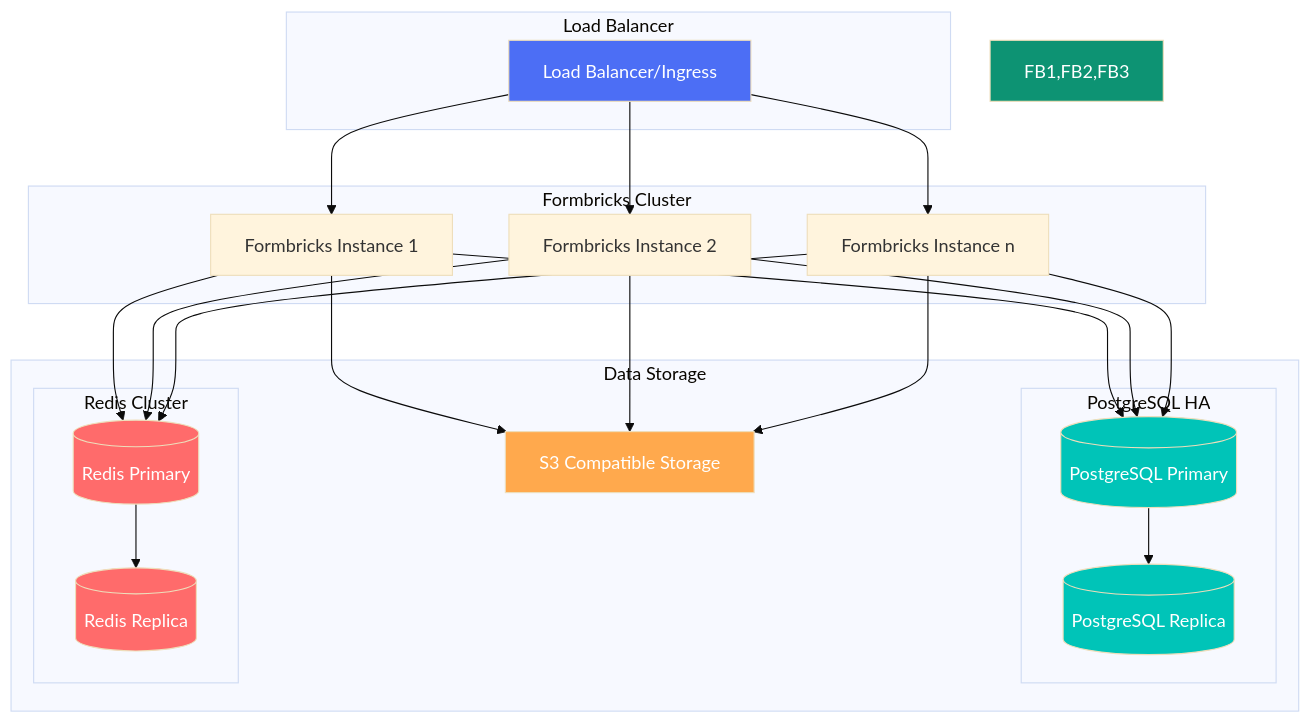
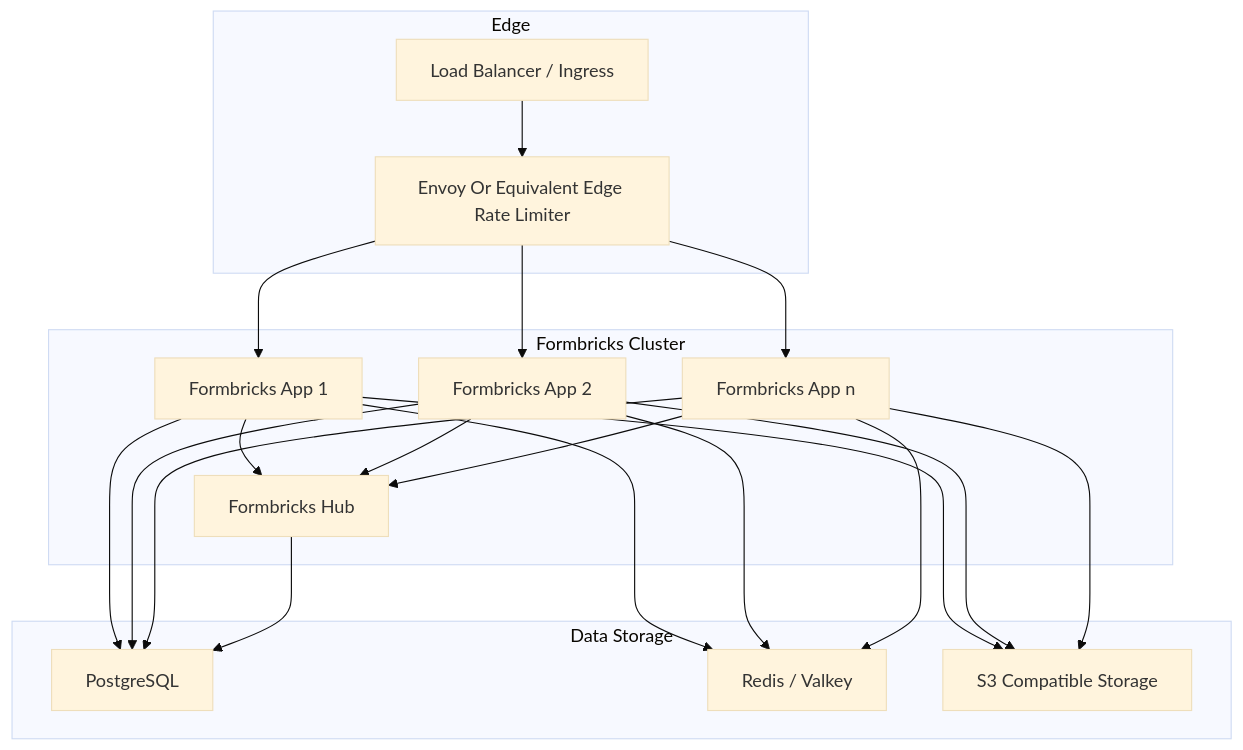
One commit to formbricks/formbricks changed the diagram in docs/self-hosting/setup/cluster-setup.mdx. Above: the diagram before and after it, drawn with Mermaid (base theme). The commit also changed other lines of this file and 6 other files, not shown here.

````diff
--- a/docs/self-hosting/setup/cluster-setup.mdx
+++ b/docs/self-hosting/setup/cluster-setup.mdx
@@ -33,53 +29,42 @@
 ```mermaid
 graph TD
-    subgraph Load Balancer
-        LB[Load Balancer/Ingress]
+    subgraph Edge
+        LB["Load Balancer / Ingress"]
+        RL["Envoy Or Equivalent Edge Rate Limiter"]
     end
 
     subgraph Formbricks Cluster
-        FB1[Formbricks Instance 1]
-        FB2[Formbricks Instance 2]
-        FB3[Formbricks Instance n]
+        FB1["Formbricks App 1"]
+        FB2["Formbricks App 2"]
+        FB3["Formbricks App n"]
+        HUB["Formbricks Hub"]
     end
 
     subgraph Data Storage
-        subgraph PostgreSQL HA
-            PSQL_P[(PostgreSQL Primary)]
-            PSQL_R[(PostgreSQL Replica)]
-        end
-
-        subgraph Redis Cluster
-            RC_P[(Redis Primary)]
-            RC_R[(Redis Replica)]
-        end
-
-        S3[S3 Compatible Storage]
+        PSQL["PostgreSQL"]
+        REDIS["Redis / Valkey"]
+        S3["S3 Compatible Storage"]
     end
 
-    %% Connections
-    LB --> FB1
-    LB --> FB2
-    LB --> FB3
+    LB --> RL
+    RL --> FB1
+    RL --> FB2
+    RL --> FB3
 
-    FB1 --> PSQL_P
-    FB2 --> PSQL_P
-    FB3 --> PSQL_P
-    PSQL_P --> PSQL_R
+    FB1 --> PSQL
+    FB2 --> PSQL
+    FB3 --> PSQL
+    HUB --> PSQL
 
-    FB1 --> RC_P
-    FB2 --> RC_P
-    FB3 --> RC_P
-    RC_P --> RC_R
+    FB1 --> REDIS
+    FB2 --> REDIS
+    FB3 --> REDIS
+
+    FB1 --> HUB
+    FB2 --> HUB
+    FB3 --> HUB
 
     FB1 --> S3
     FB2 --> S3
     FB3 --> S3
-
-    style PSQL_P fill:#00C4B8,color:#ffffff
-    style PSQL_R fill:#00C4B8,color:#ffffff
-    style RC_P fill:#FF6B6B,color:#ffffff
-    style RC_R fill:#FF6B6B,color:#ffffff
-    style S3 fill:#FFA94D,color:#ffffff
-    style FB1,FB2,FB3 fill:#0D9373,color:#ffffff
-    style LB fill:#4C6EF5,color:#ffffff
 ```
````
